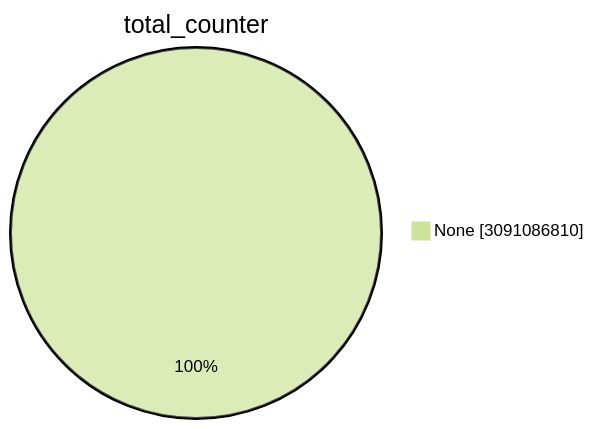
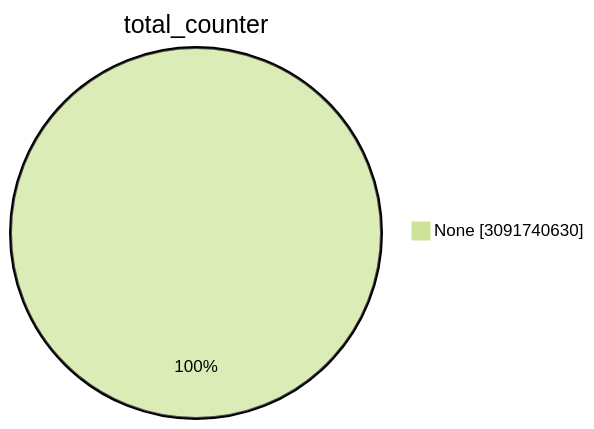
Before and after one commit to christiankrug/ctmonitor_visualization: the first of 15 diagrams in TOTAL/README.md, drawn with Mermaid (forest theme). The commit also changed other lines of this file, not shown here.

````diff
--- a/TOTAL/README.md
+++ b/TOTAL/README.md
@@ -1,5 +1,5 @@
 ```mermaid
 pie showData
 title total_counter
-"None" :3091086810
+"None" :3091740630
 ```
````
